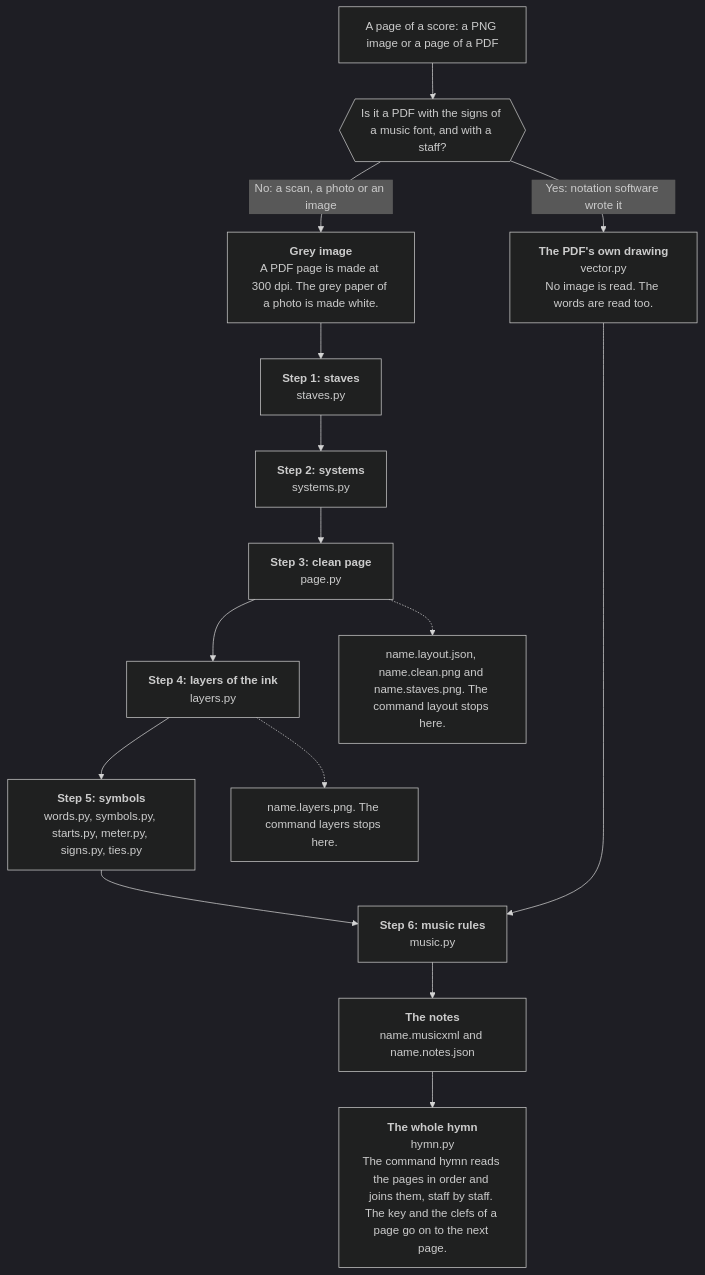
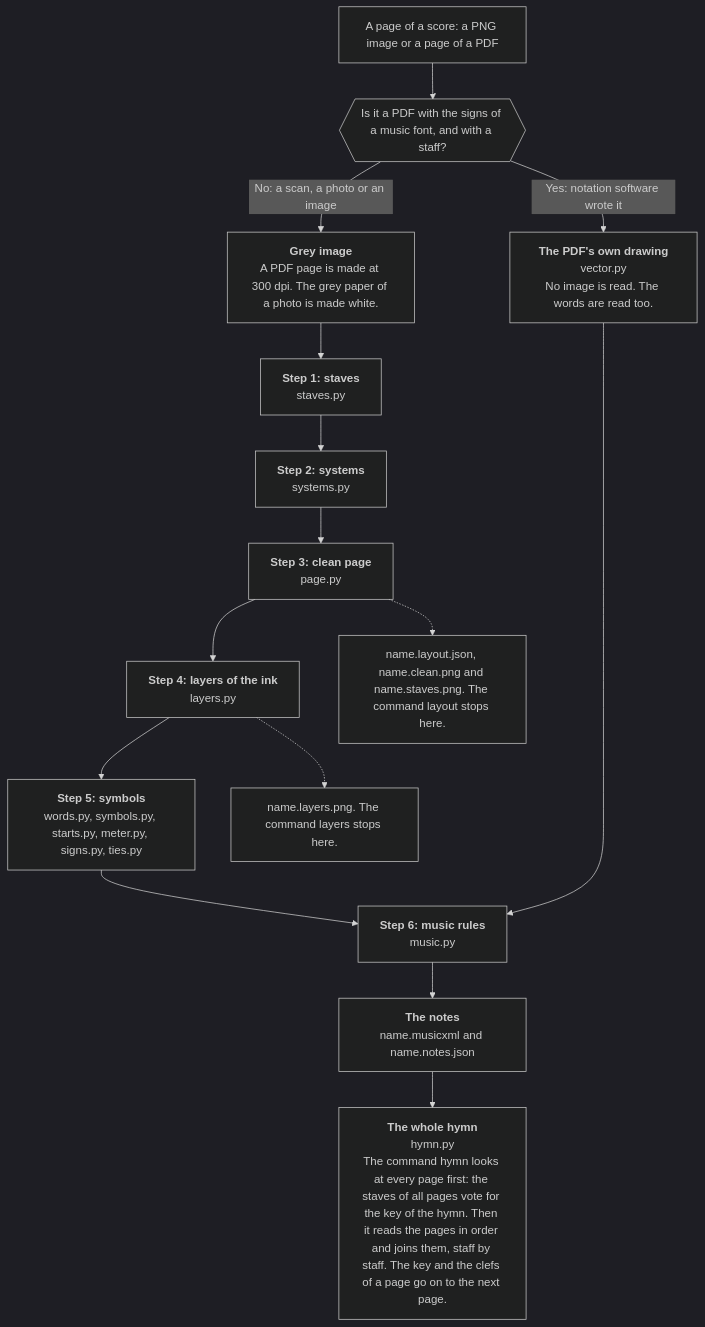
One commit to sweet-cicero/ScoreReader changed the first of 10 diagrams in README.md. Above: the diagram before and after it, drawn with Mermaid (dark theme). The commit also changed other lines of this file and 5 other files, not shown here.

````diff
--- a/README.md
+++ b/README.md
@@ -51,18 +51,18 @@
 ```mermaid
 flowchart TD
     source["A page of a score: a PNG image or a page of a PDF"]
     source --> kind{{"Is it a PDF with the signs of a music font, and with a staff?"}}
     kind -- "Yes: notation software wrote it" --> drawing["<b>The PDF's own drawing</b><br/>vector.py<br/>No image is read. The words are read too."]
     kind -- "No: a scan, a photo or an image" --> grey["<b>Grey image</b><br/>A PDF page is made at 300 dpi. The grey paper of a photo is made white."]
     grey --> staves["<b>Step 1: staves</b><br/>staves.py"]
     staves --> systems["<b>Step 2: systems</b><br/>systems.py"]
     systems --> clean["<b>Step 3: clean page</b><br/>page.py"]
     clean --> layers["<b>Step 4: layers of the ink</b><br/>layers.py"]
     layers --> symbols["<b>Step 5: symbols</b><br/>words.py, symbols.py, starts.py, meter.py, signs.py, ties.py"]
     symbols --> music["<b>Step 6: music rules</b><br/>music.py"]
     drawing -------> music
     music --> notes["<b>The notes</b><br/>name.musicxml and name.notes.json"]
-    notes --> hymn["<b>The whole hymn</b><br/>hymn.py<br/>The command hymn reads the pages in order and joins them, staff by staff. The key and the clefs of a page go on to the next page."]
+    notes --> hymn["<b>The whole hymn</b><br/>hymn.py<br/>The command hymn looks at every page first: the staves of all pages vote for the key of the hymn. Then it reads the pages in order and joins them, staff by staff. The key and the clefs of a page go on to the next page."]
     clean -.-> layout["name.layout.json, name.clean.png and name.staves.png. The command layout stops here."]
     layers -.-> picture["name.layers.png. The command layers stops here."]
 ```
````
